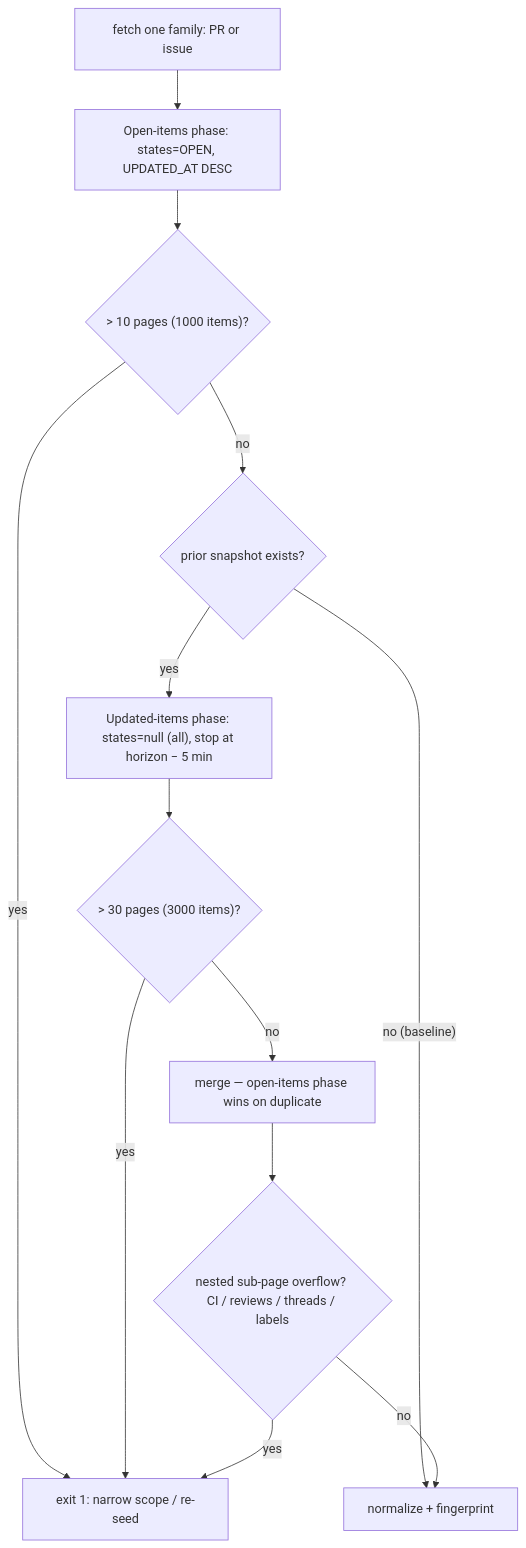
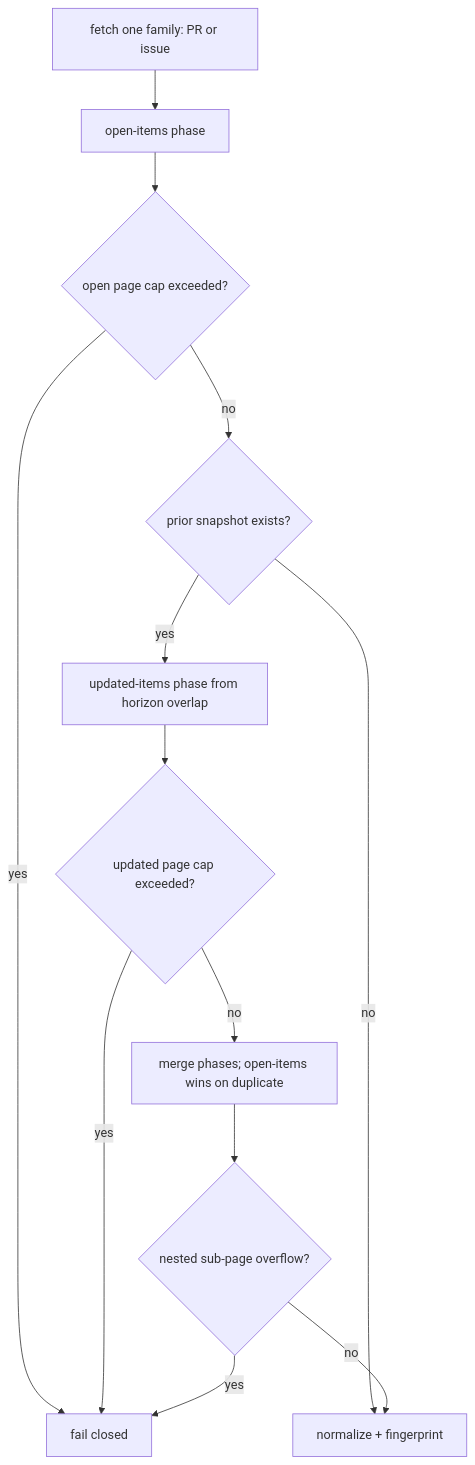
Before and after one commit to diegomarino/gh-delta: the third of 3 diagrams in docs/architecture.md, drawn with Mermaid. The commit also changed other lines of this file and 16 other files, not shown here.

````diff
--- a/docs/architecture.md
+++ b/docs/architecture.md
@@ -229,15 +193,15 @@
 ```mermaid
 flowchart TD
-    A[fetch one family: PR or issue] --> C[Open-items phase: states=OPEN, UPDATED_AT DESC]
-    C --> D{"> 10 pages (1000 items)?"}
-    D -- yes --> E["exit 1: narrow scope / re-seed"]
-    D -- no --> F{prior snapshot exists?}
-    F -->|"no (baseline)"| Z[normalize + fingerprint]
-    F -- yes --> G["Updated-items phase: states=null (all), stop at horizon − 5 min"]
-    G --> H{"> 30 pages (3000 items)?"}
-    H -- yes --> E
-    H -- no --> I[merge — open-items phase wins on duplicate]
-    I --> J{nested sub-page overflow? CI / reviews / threads / labels}
-    J -- yes --> E
-    J -- no --> Z
+    A[fetch one family: PR or issue] --> B[open-items phase]
+    B --> C{open page cap exceeded?}
+    C -- yes --> X[fail closed]
+    C -- no --> D{prior snapshot exists?}
+    D -- no --> Z[normalize + fingerprint]
+    D -- yes --> E[updated-items phase from horizon overlap]
+    E --> F{updated page cap exceeded?}
+    F -- yes --> X
+    F -- no --> G[merge phases; open-items wins on duplicate]
+    G --> H{nested sub-page overflow?}
+    H -- yes --> X
+    H -- no --> Z
 ```
````
